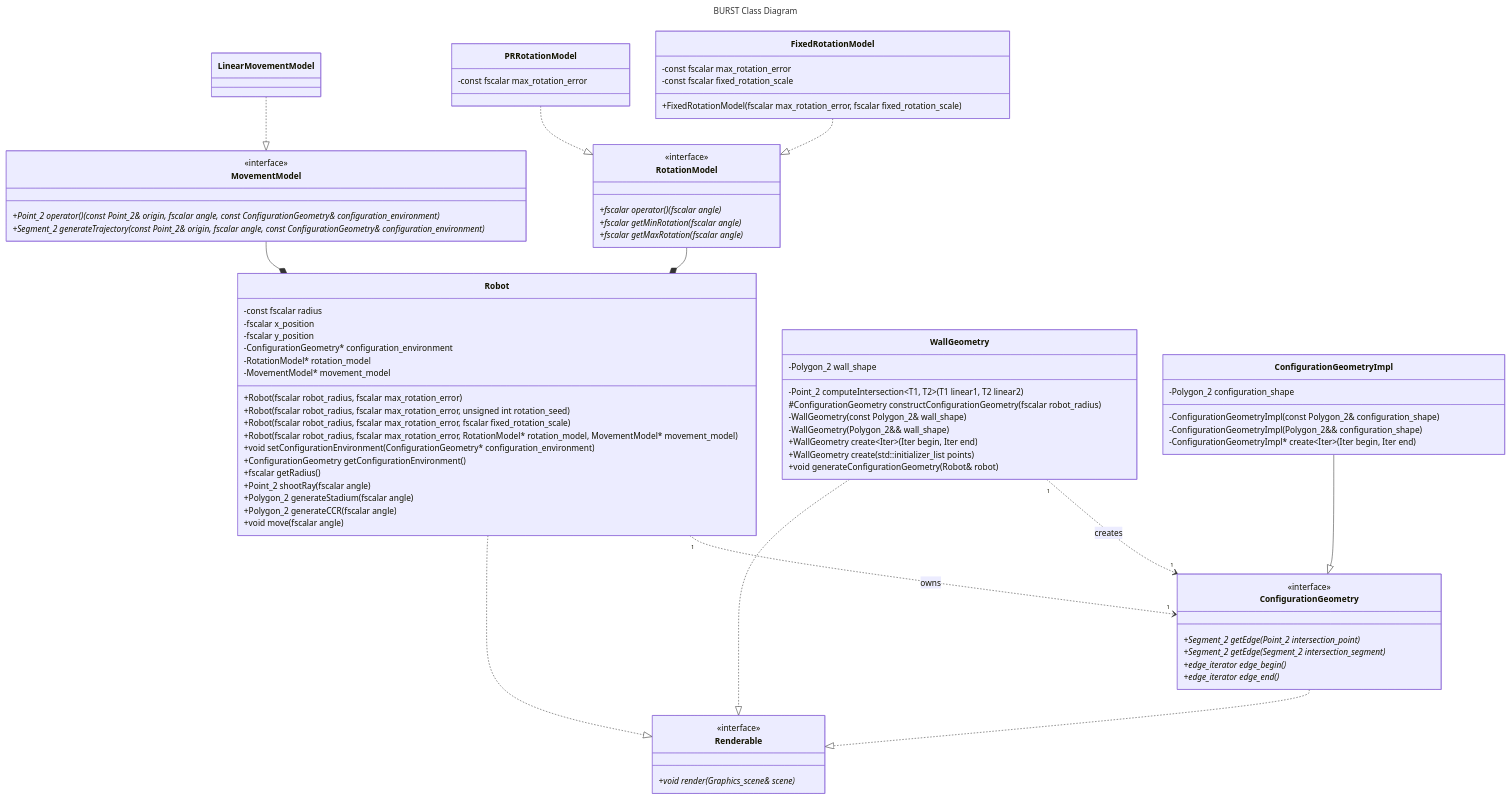
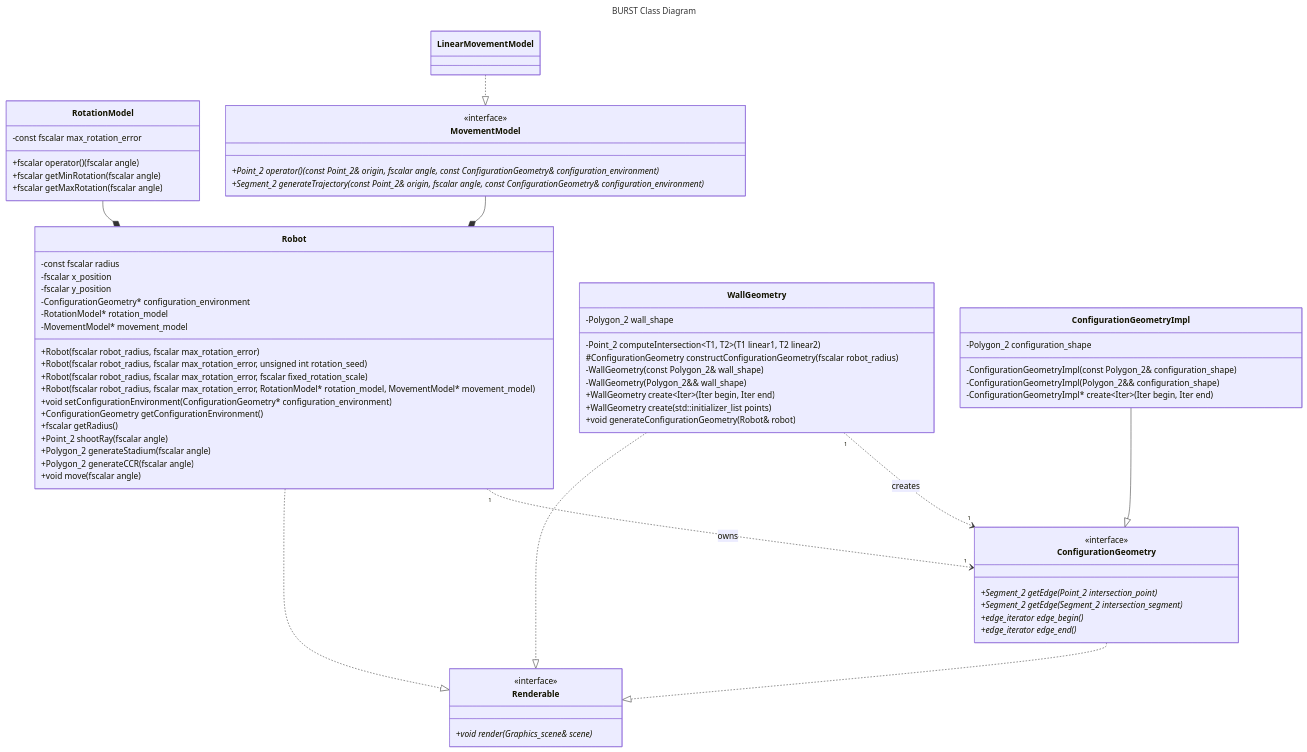
The diagram in docs/DESIGN.md (KedarPanchal/DAIR-BURST), drawn with Mermaid before and after one commit. The commit also changed other lines of this file and 1 other file, not shown here.

Commit message:
Template out RotationModel derived classes

```diff
--- a/docs/DESIGN.md
+++ b/docs/DESIGN.md
@@ -20,24 +20,13 @@
 classDiagram
     direction TD
     class RotationModel {
-        +fscalar operator() (fscalar angle)*
-        +fscalar getMinRotation(fscalar angle)*
-        +fscalar getMaxRotation(fscalar angle)*
+        -const fscalar max_rotation_error
+
+        +fscalar operator() (fscalar angle)
+        +fscalar getMinRotation(fscalar angle)
+        +fscalar getMaxRotation(fscalar angle)
     }
-    <<interface>> RotationModel
     
-    class PRRotationModel {
-        -const fscalar max_rotation_error
-    }
-    PRRotationModel ..|> RotationModel
-
-    class FixedRotationModel {
-        -const fscalar max_rotation_error
-        -const fscalar fixed_rotation_scale
-        +FixedRotationModel(fscalar max_rotation_error, fscalar fixed_rotation_scale)
-    }
-    FixedRotationModel ..|> RotationModel
-
     class MovementModel {
         +Point_2 operator() (const Point_2& origin, fscalar angle, const ConfigurationGeometry& configuration_environment)*
         +Segment_2 generateTrajectory(const Point_2& origin, fscalar angle, const ConfigurationGeometry& configuration_environment)*
```
